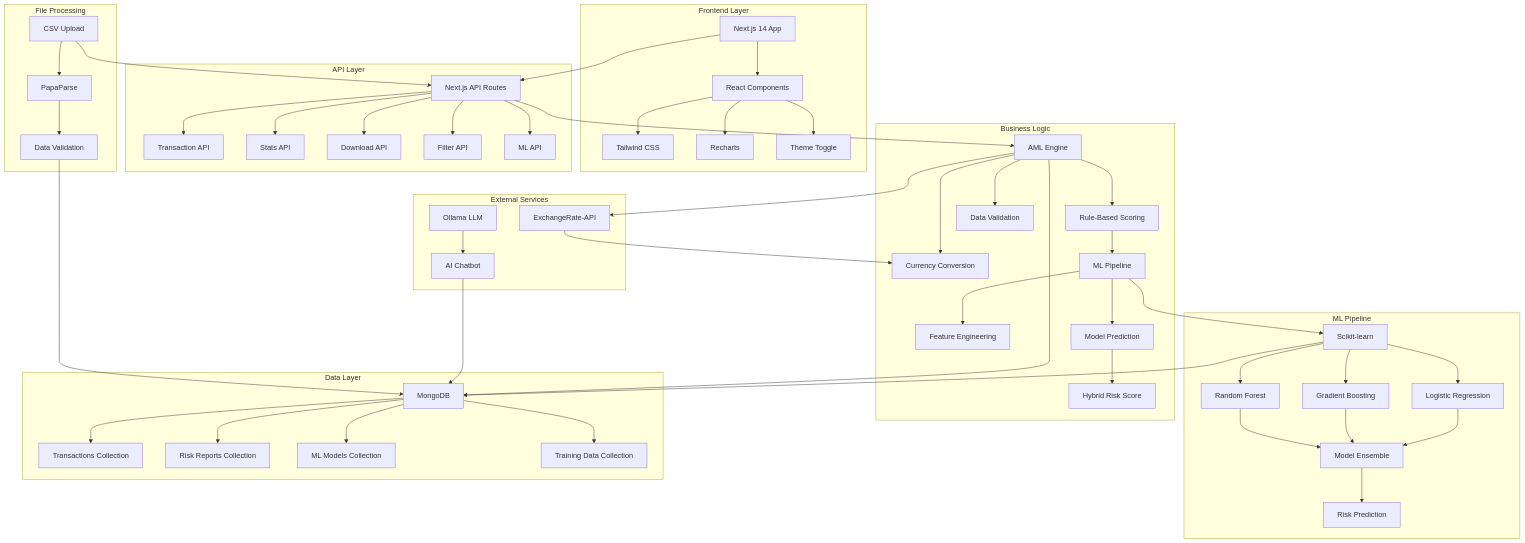
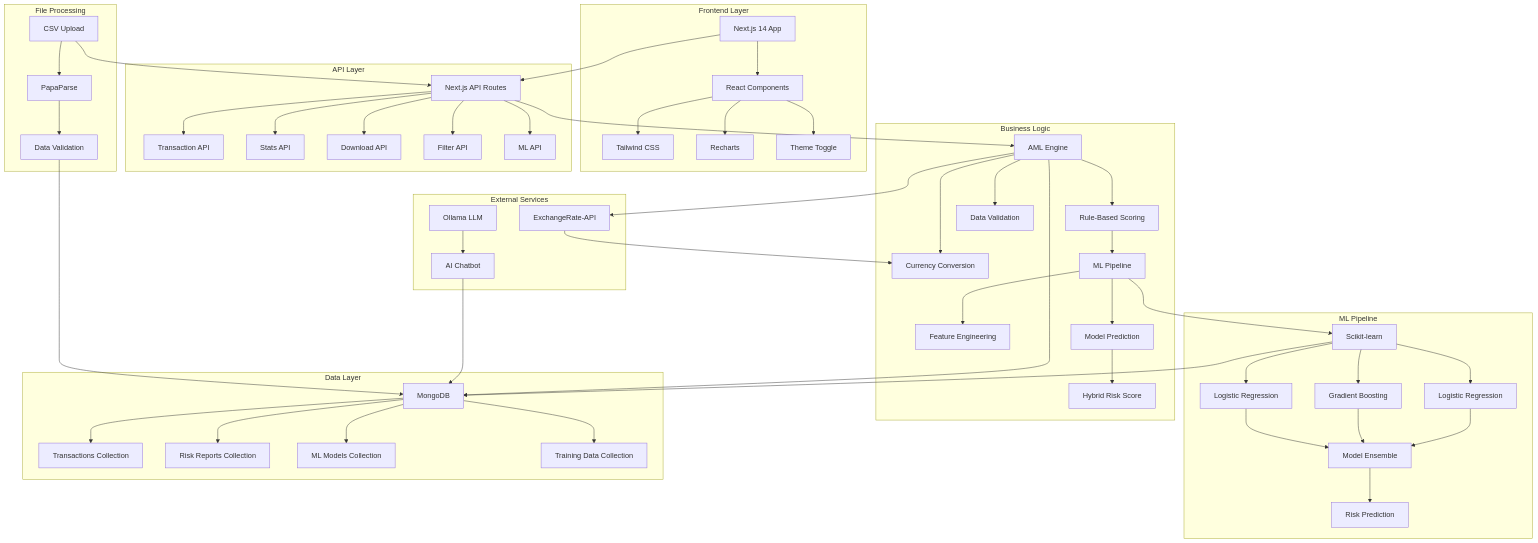
The first of 2 diagrams in README.md (yashkantsharma64/AML-360-Advanced-Anti-Money-Laundering-and-Transaction-Monitoring-System), drawn with Mermaid before and after one commit. The commit also changed other lines of this file, not shown here.

````diff
--- a/README.md
+++ b/README.md
@@ -80,64 +79,64 @@
 ```mermaid
 graph TB
     subgraph "Frontend Layer"
         A[Next.js 14 App] --> B[React Components]
         B --> C[Tailwind CSS]
         B --> D[Recharts]
         B --> E[Theme Toggle]
     end
     
     subgraph "API Layer"
         F[Next.js API Routes] --> G[Transaction API]
         F --> H[Stats API]
         F --> I[Download API]
         F --> J[Filter API]
         F --> K[ML API]
     end
     
     subgraph "Business Logic"
         L[AML Engine] --> M[Rule-Based Scoring]
         L --> N[Currency Conversion]
         L --> O[Data Validation]
         M --> P[ML Pipeline]
         P --> Q[Feature Engineering]
         P --> R[Model Prediction]
         R --> S[Hybrid Risk Score]
     end
     
     subgraph "ML Pipeline"
-        T[Scikit-learn] --> U[Random Forest]
+        T[Scikit-learn] --> U[Logistic Regression]
         T --> V[Gradient Boosting]
         T --> W[Logistic Regression]
         U --> X[Model Ensemble]
         V --> X
         W --> X
         X --> Y[Risk Prediction]
     end
     
     subgraph "Data Layer"
         Z[MongoDB] --> AA[Transactions Collection]
         Z --> BB[Risk Reports Collection]
         Z --> CC[ML Models Collection]
         Z --> DD[Training Data Collection]
     end
     
     subgraph "External Services"
         EE[ExchangeRate-API] --> N
         FF[Ollama LLM] --> GG[AI Chatbot]
     end
     
     subgraph "File Processing"
         HH[CSV Upload] --> II[PapaParse]
         II --> JJ[Data Validation]
         JJ --> Z
     end
     
     A --> F
     F --> L
     L --> Z
     L --> EE
     GG --> Z
     P --> T
     T --> Z
     HH --> F
 ```
````
